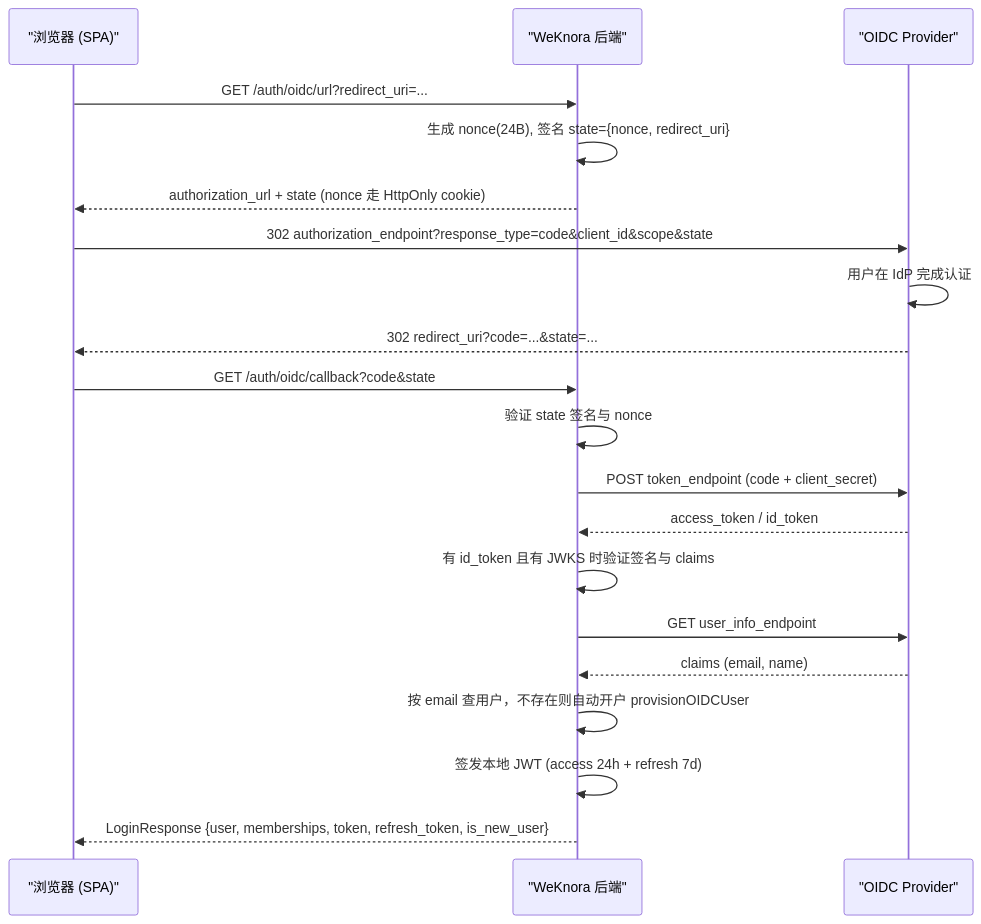
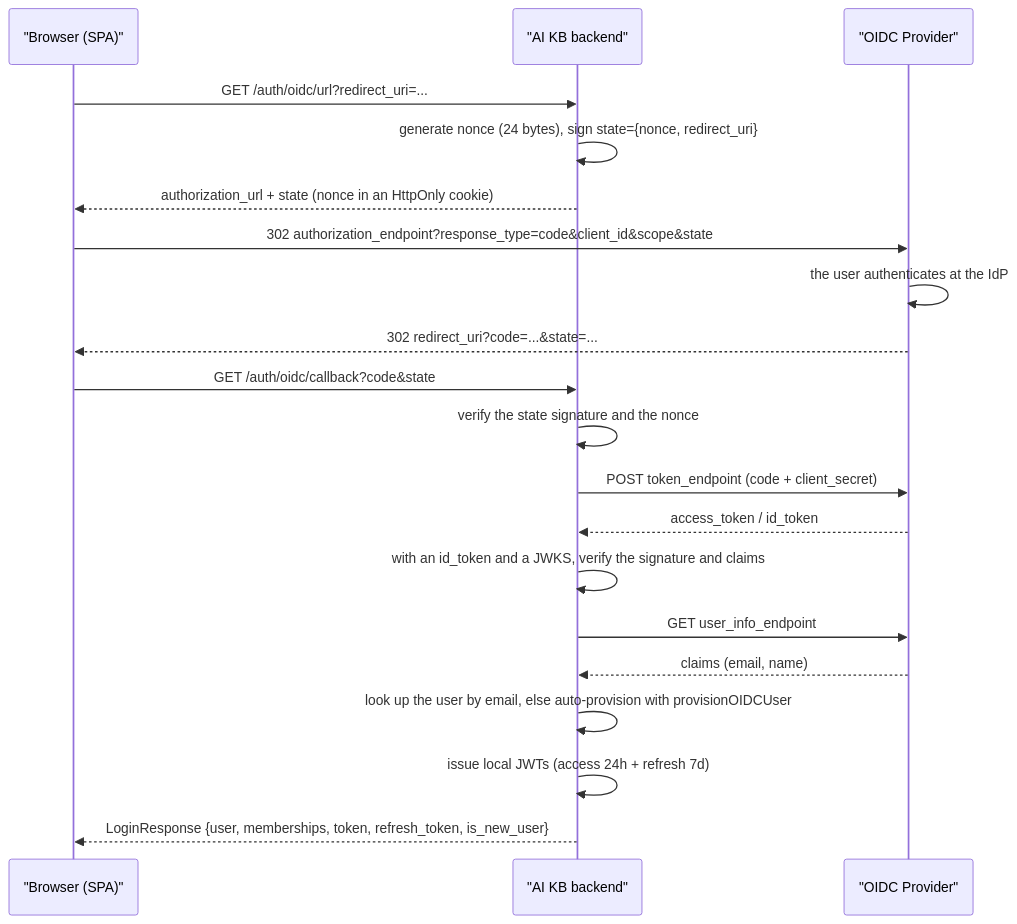
One commit to jrmatherly/ai-kb changed the third of 3 diagrams in website-docs/03-features/01-tenant-auth.md. Above: the diagram before and after it, drawn with Mermaid. The commit also changed other lines of this file and 5 other files, not shown here.

````diff
--- a/website-docs/03-features/01-tenant-auth.md
+++ b/website-docs/03-features/01-tenant-auth.md
@@ -457,22 +467,22 @@
 ```mermaid
 sequenceDiagram
-    participant B as "浏览器 (SPA)"
-    participant W as "WeKnora 后端"
+    participant B as "Browser (SPA)"
+    participant W as "AI KB backend"
     participant IdP as "OIDC Provider"
     B->>W: GET /auth/oidc/url?redirect_uri=...
-    W->>W: 生成 nonce(24B), 签名 state={nonce, redirect_uri}
-    W-->>B: authorization_url + state (nonce 走 HttpOnly cookie)
+    W->>W: generate nonce (24 bytes), sign state={nonce, redirect_uri}
+    W-->>B: authorization_url + state (nonce in an HttpOnly cookie)
     B->>IdP: 302 authorization_endpoint?response_type=code&client_id&scope&state
-    IdP->>IdP: 用户在 IdP 完成认证
+    IdP->>IdP: the user authenticates at the IdP
     IdP-->>B: 302 redirect_uri?code=...&state=...
     B->>W: GET /auth/oidc/callback?code&state
-    W->>W: 验证 state 签名与 nonce
+    W->>W: verify the state signature and the nonce
     W->>IdP: POST token_endpoint (code + client_secret)
     IdP-->>W: access_token / id_token
-    W->>W: 有 id_token 且有 JWKS 时验证签名与 claims
+    W->>W: with an id_token and a JWKS, verify the signature and claims
     W->>IdP: GET user_info_endpoint
     IdP-->>W: claims (email, name)
-    W->>W: 按 email 查用户，不存在则自动开户 provisionOIDCUser
-    W->>W: 签发本地 JWT (access 24h + refresh 7d)
+    W->>W: look up the user by email, else auto-provision with provisionOIDCUser
+    W->>W: issue local JWTs (access 24h + refresh 7d)
     W-->>B: LoginResponse {user, memberships, token, refresh_token, is_new_user}
 ```
````
